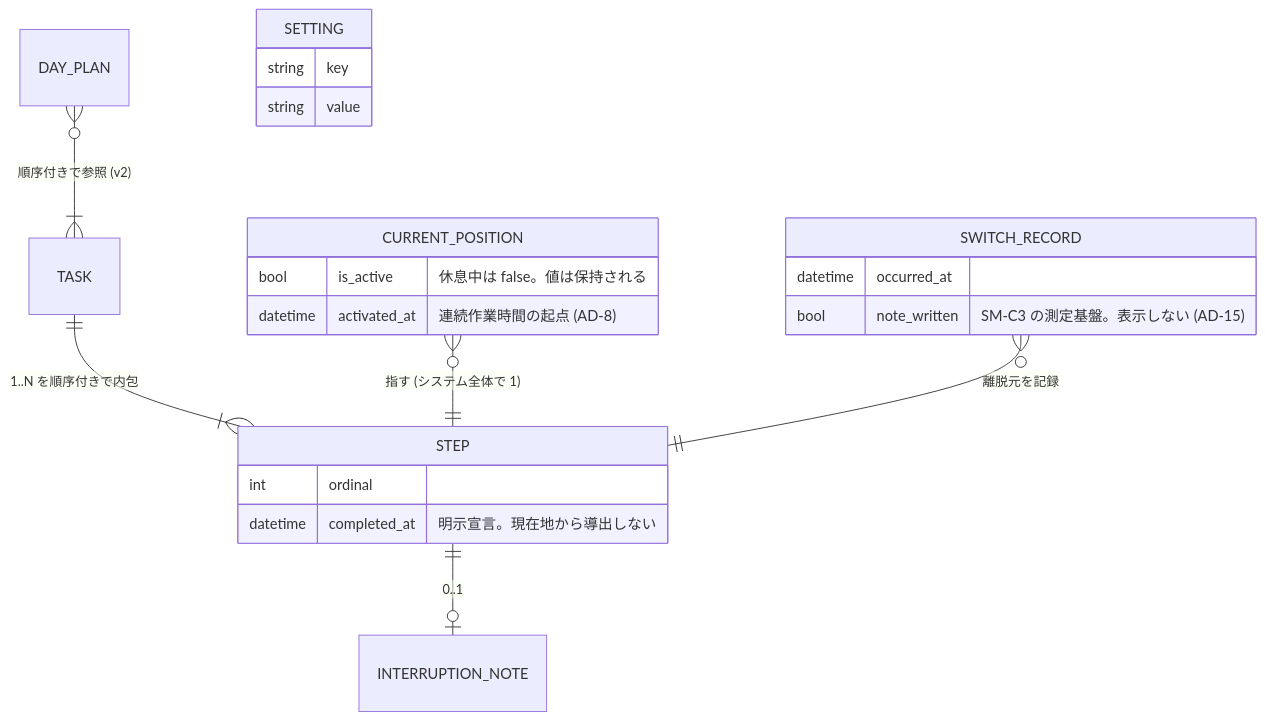
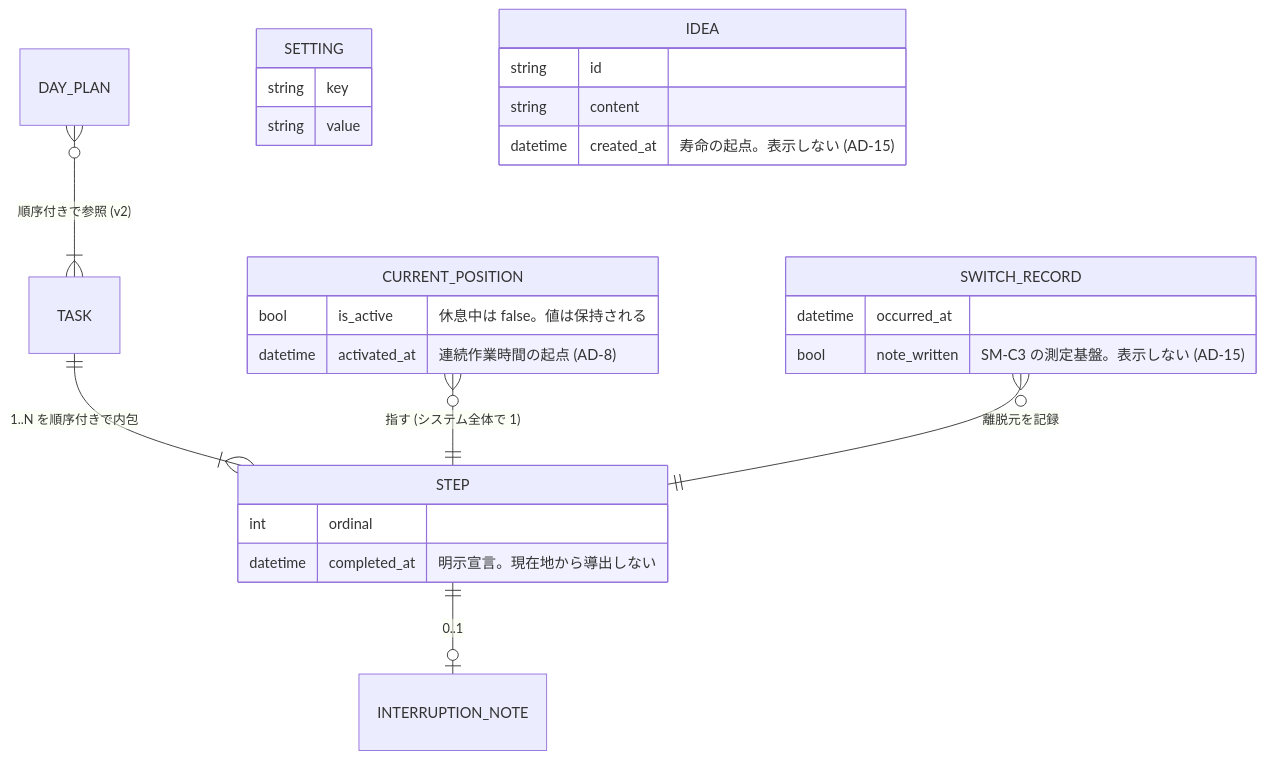
The second of 3 diagrams in _bmad-output/planning-artifacts/architecture/architecture-my-task-manager-2026-09-15/ARCHITECTURE-SPINE.md (onzuka24/my-task-manager), drawn with Mermaid before and after one commit. The commit also changed other lines of this file and 19 other files, not shown here.

````diff
--- a/_bmad-output/planning-artifacts/architecture/architecture-my-task-manager-2026-09-15/ARCHITECTURE-SPINE.md
+++ b/_bmad-output/planning-artifacts/architecture/architecture-my-task-manager-2026-09-15/ARCHITECTURE-SPINE.md
@@ -254,24 +259,29 @@
 ```mermaid
 erDiagram
   TASK ||--|{ STEP : "1..N を順序付きで内包"
   STEP ||--o| INTERRUPTION_NOTE : "0..1"
   CURRENT_POSITION }o--|| STEP : "指す (システム全体で 1)"
   SWITCH_RECORD }o--|| STEP : "離脱元を記録"
   DAY_PLAN }o--|{ TASK : "順序付きで参照 (v2)"
   STEP {
     int ordinal
     datetime completed_at "明示宣言。現在地から導出しない"
   }
   CURRENT_POSITION {
     bool is_active "休息中は false。値は保持される"
     datetime activated_at "連続作業時間の起点 (AD-8)"
   }
   SWITCH_RECORD {
     datetime occurred_at
     bool note_written "SM-C3 の測定基盤。表示しない (AD-15)"
   }
   SETTING {
     string key
     string value
   }
+  IDEA {
+    string id
+    string content
+    datetime created_at "寿命の起点。表示しない (AD-15)"
+  }
 ```
````
